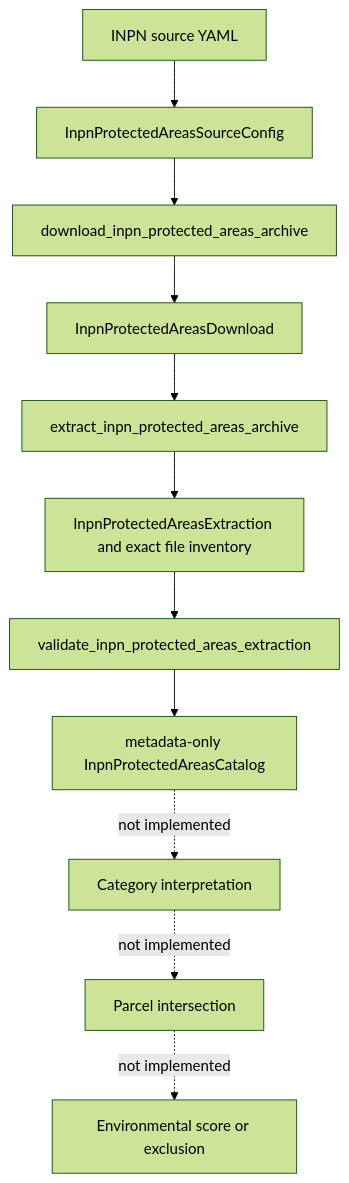
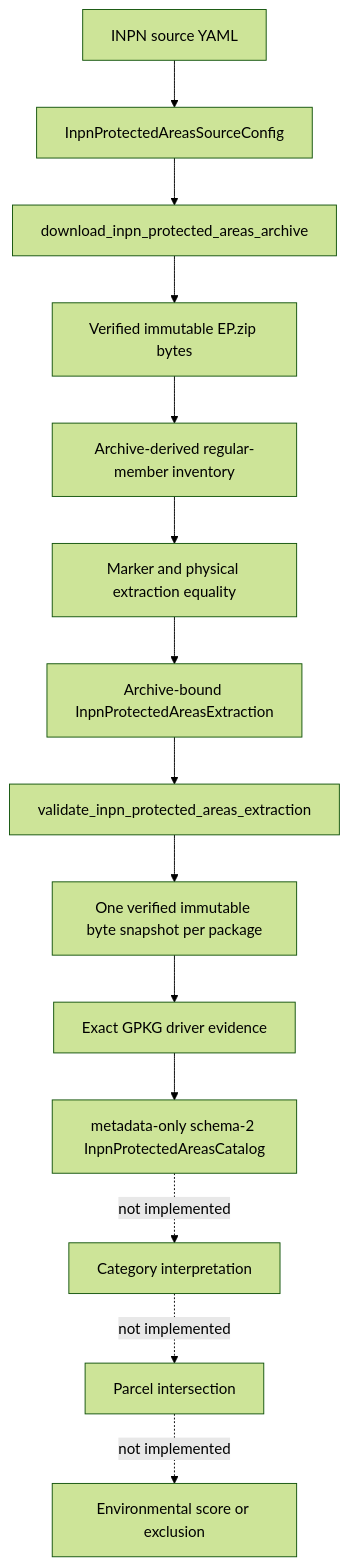
Before and after one commit to hmsouhaib/landscout-ai: the diagram in docs/code/ENVIRONMENT_PIPELINE.md, drawn with Mermaid (forest theme). The commit also changed other lines of this file and 15 other files, not shown here.

Commit message:
fix: bind INPN catalog to archive snapshot

````diff
--- a/docs/code/ENVIRONMENT_PIPELINE.md
+++ b/docs/code/ENVIRONMENT_PIPELINE.md
@@ -7,13 +7,16 @@
 ```mermaid
 flowchart TD
     Yaml[INPN source YAML] --> Config[InpnProtectedAreasSourceConfig]
     Config --> Download[download_inpn_protected_areas_archive]
-    Download --> Bytes[InpnProtectedAreasDownload]
-    Bytes --> Extract[extract_inpn_protected_areas_archive]
-    Extract --> Inventory[InpnProtectedAreasExtraction and exact file inventory]
+    Download --> Bytes[Verified immutable EP.zip bytes]
+    Bytes --> Members[Archive-derived regular-member inventory]
+    Members --> Extract[Marker and physical extraction equality]
+    Extract --> Inventory[Archive-bound InpnProtectedAreasExtraction]
     Inventory --> Revalidate[validate_inpn_protected_areas_extraction]
-    Revalidate --> Catalog[metadata-only InpnProtectedAreasCatalog]
+    Revalidate --> PackageBytes[One verified immutable byte snapshot per package]
+    PackageBytes --> Driver[Exact GPKG driver evidence]
+    Driver --> Catalog[metadata-only schema-2 InpnProtectedAreasCatalog]
     Catalog -. not implemented .-> Semantics[Category interpretation]
     Semantics -. not implemented .-> Overlay[Parcel intersection]
     Overlay -. not implemented .-> Decision[Environmental score or exclusion]
 ```
````
